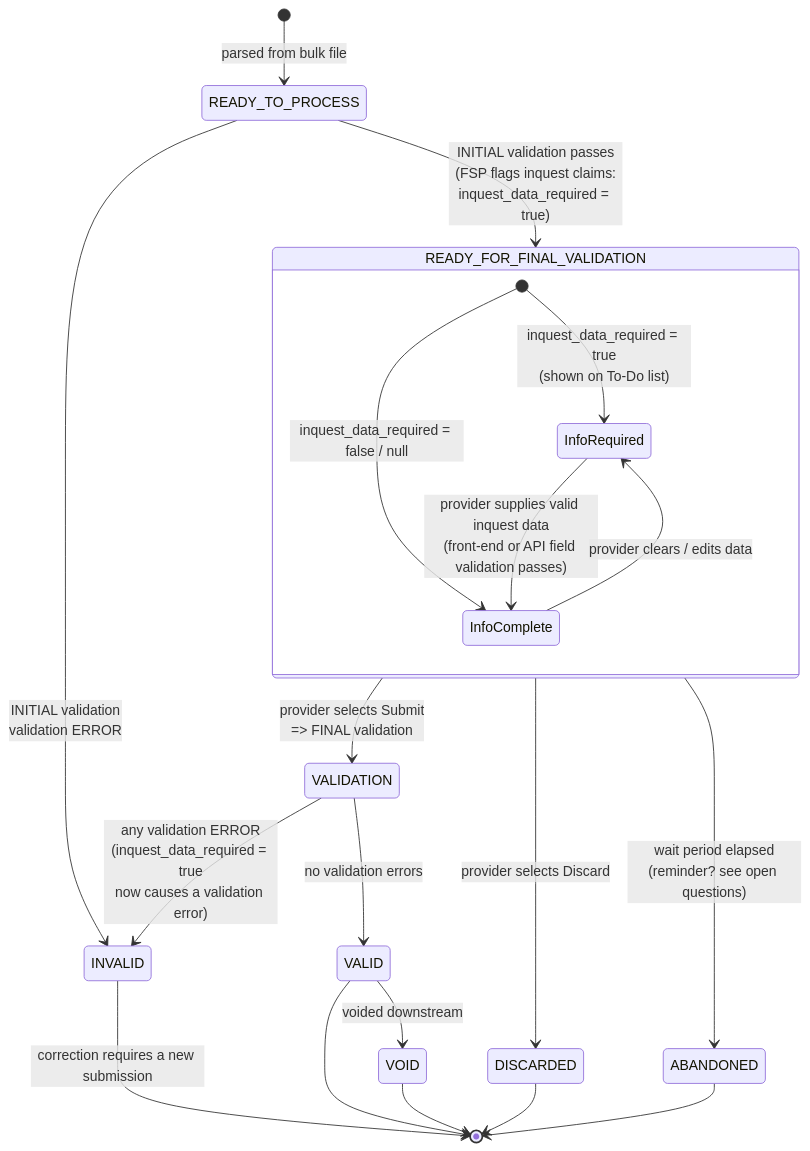
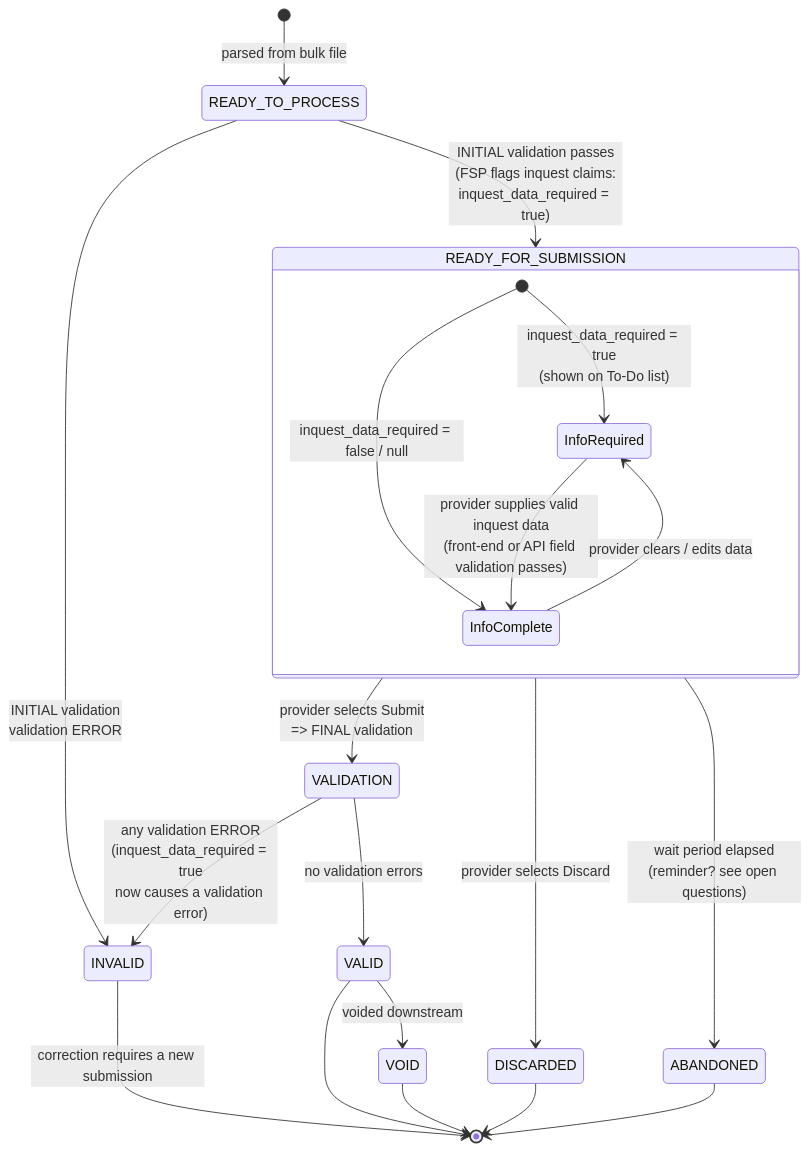
One commit to ministryofjustice/laa-data-claims-api changed the diagram in docs/state-transition-claim.md. Above: the diagram before and after it, drawn with Mermaid. The commit also changed other lines of this file and 2 other files, not shown here.

Commit message:
Replaced READY_FOR_FINAL_VALIDATION by READY_FOR_SUBMISSION, to match the spec in JIRA.

````diff
--- a/docs/state-transition-claim.md
+++ b/docs/state-transition-claim.md
@@ -17,29 +18,29 @@
 ```mermaid
 stateDiagram-v2
     [*] --> READY_TO_PROCESS : parsed from bulk file
 
     READY_TO_PROCESS --> INVALID : INITIAL validation<br/>validation ERROR
-    READY_TO_PROCESS --> READY_FOR_FINAL_VALIDATION : INITIAL validation passes<br/>(FSP flags inquest claims:<br/>inquest_data_required = true)
+    READY_TO_PROCESS --> READY_FOR_SUBMISSION : INITIAL validation passes<br/>(FSP flags inquest claims:<br/>inquest_data_required = true)
 
-    state READY_FOR_FINAL_VALIDATION {
+    state READY_FOR_SUBMISSION {
         [*] --> InfoRequired : inquest_data_required = true<br/>(shown on To-Do list)
         [*] --> InfoComplete : inquest_data_required = false / null
         InfoRequired --> InfoComplete : provider supplies valid inquest data<br/>(front-end or API field validation passes)
         InfoComplete --> InfoRequired : provider clears / edits data
     }
 
-    READY_FOR_FINAL_VALIDATION --> VALIDATION : provider selects Submit<br/>=> FINAL validation
-    READY_FOR_FINAL_VALIDATION --> DISCARDED : provider selects Discard
-    READY_FOR_FINAL_VALIDATION --> ABANDONED : wait period elapsed<br/>(reminder? see open questions)
+    READY_FOR_SUBMISSION --> VALIDATION : provider selects Submit<br/>=> FINAL validation
+    READY_FOR_SUBMISSION --> DISCARDED : provider selects Discard
+    READY_FOR_SUBMISSION --> ABANDONED : wait period elapsed<br/>(reminder? see open questions)
 
     state VALIDATION <<choice>>
     VALIDATION --> INVALID : any validation ERROR<br/>(inquest_data_required = true<br/>now causes a validation error)
     VALIDATION --> VALID : no validation errors
 
     VALID --> VOID : voided downstream
     INVALID --> [*] : correction requires a new submission
     VALID --> [*]
     VOID --> [*]
     DISCARDED --> [*]
     ABANDONED --> [*]
 ```
````
